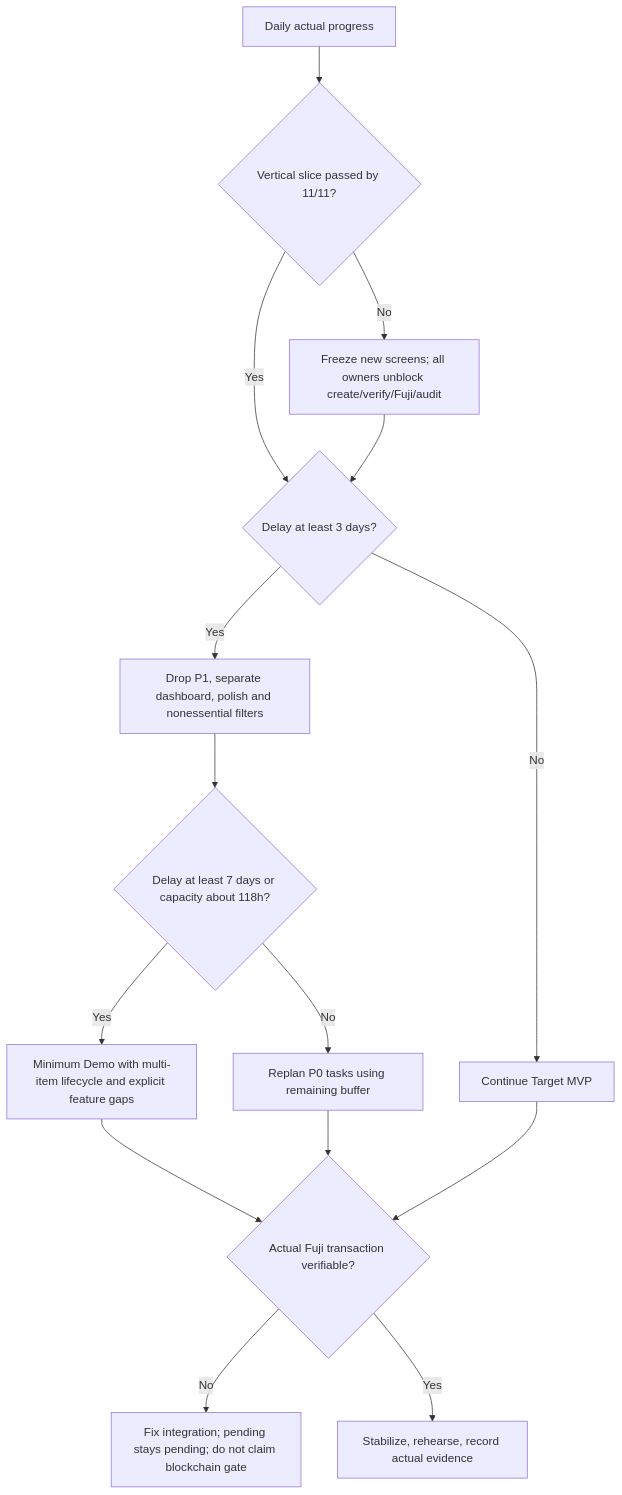
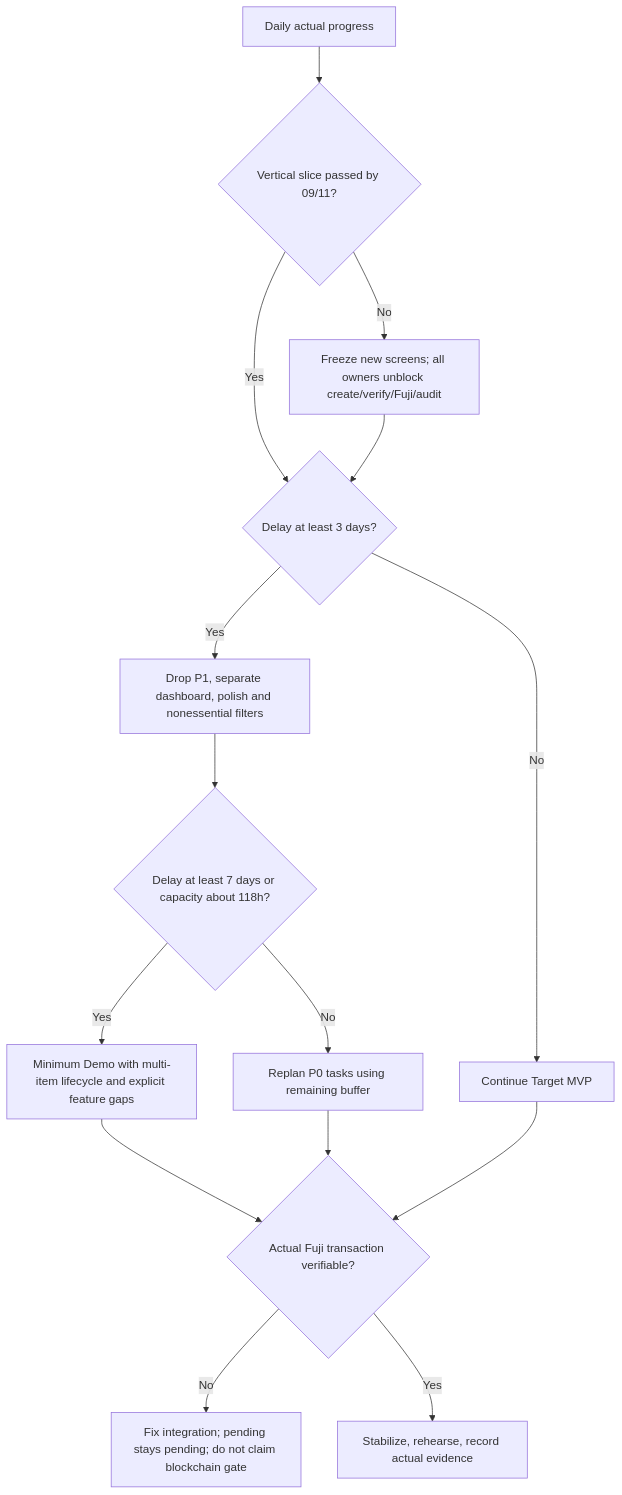
The diagram in docs/quality/RISK_REGISTER.md (chidungbrvt-bit/AidBridge), drawn with Mermaid before and after one commit. The commit also changed other lines of this file and 49 other files, not shown here.

````diff
--- a/docs/quality/RISK_REGISTER.md
+++ b/docs/quality/RISK_REGISTER.md
@@ -31,17 +31,17 @@
 ```mermaid
 flowchart TD
-  A[Daily actual progress] --> B{Vertical slice passed by 11/11?}
+  A[Daily actual progress] --> B{Vertical slice passed by 09/11?}
   B -- No --> C[Freeze new screens; all owners unblock create/verify/Fuji/audit]
   B -- Yes --> D{Delay at least 3 days?}
   C --> D
   D -- Yes --> E[Drop P1, separate dashboard, polish and nonessential filters]
   D -- No --> F[Continue Target MVP]
   E --> G{Delay at least 7 days or capacity about 118h?}
   G -- Yes --> H[Minimum Demo with multi-item lifecycle and explicit feature gaps]
   G -- No --> I[Replan P0 tasks using remaining buffer]
   H --> J{Actual Fuji transaction verifiable?}
   I --> J
   F --> J
   J -- No --> K[Fix integration; pending stays pending; do not claim blockchain gate]
   J -- Yes --> L[Stabilize, rehearse, record actual evidence]
 ```
````
